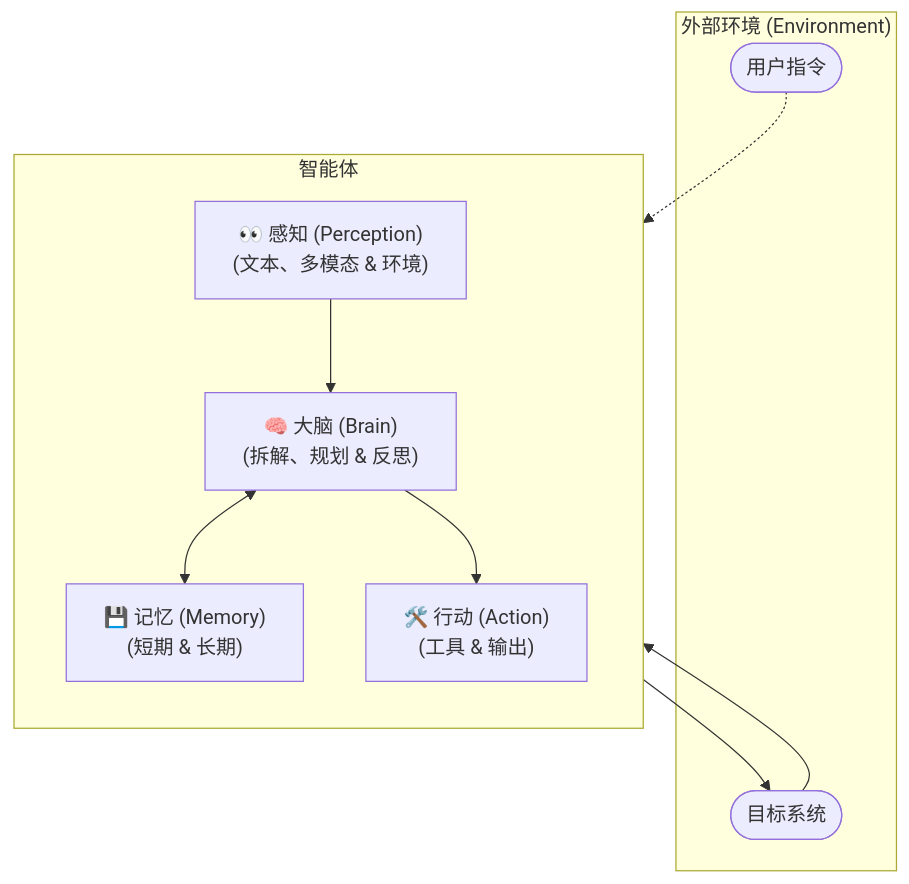
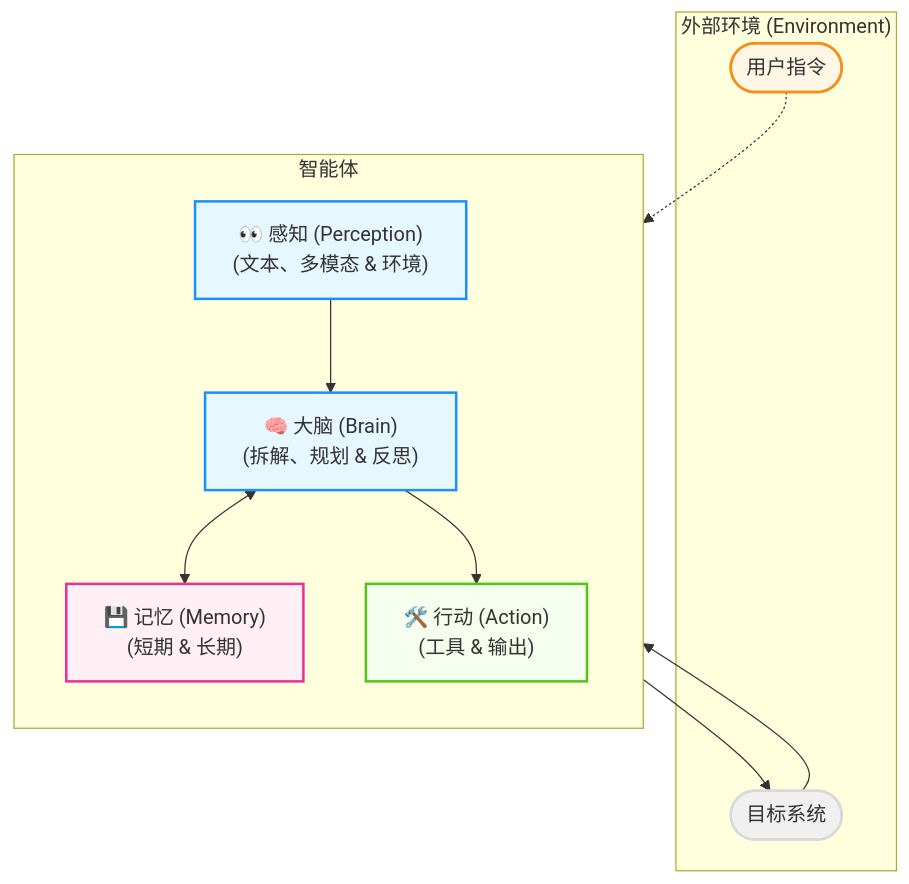
One commit to yeasy/agentic_ai_guide changed the diagram in 01_paradigm/1.3_components.md. Above: the diagram before and after it, drawn with Mermaid. The commit also changed 36 other files, not shown here.

````diff
--- a/01_paradigm/1.3_components.md
+++ b/01_paradigm/1.3_components.md
@@ -11,23 +11,36 @@
 ```mermaid
 graph TD
+    %% Agentic Design System
+    classDef env fill:#f0f0f0,stroke:#d9d9d9,stroke-width:2px;
+    classDef agent fill:#e6f7ff,stroke:#1890ff,stroke-width:2px;
+    classDef memory fill:#fff0f6,stroke:#eb2f96,stroke-width:2px;
+    classDef tool fill:#f6ffed,stroke:#52c41a,stroke-width:2px;
+    classDef user fill:#fff7e6,stroke:#fa8c16,stroke-width:2px;
+
     subgraph Environment["外部环境 (Environment)"]
-        User(["用户指令"])
-        System(["目标系统"])
+        UserNode(["用户指令"])
+        SystemNode(["目标系统"])
     end
 
     subgraph Agent["智能体"]
         direction TB
         Perception["👀 感知 (Perception)<br/>(文本、多模态 & 环境)"]
         Brain["🧠 大脑 (Brain)<br/>(拆解、规划 & 反思)"]
-        Memory["💾 记忆 (Memory)<br/>(短期 & 长期)"]
+        MemoryNode["💾 记忆 (Memory)<br/>(短期 & 长期)"]
         Action["🛠️ 行动 (Action)<br/>(工具 & 输出)"]
         
         Perception --> Brain
-        Brain <--> Memory
+        Brain <--> MemoryNode
         Brain --> Action
     end
 
-    User -.-> Perception
-    System --> Perception
-    Action --> System
+    UserNode -.-> Perception
+    SystemNode --> Perception
+    Action --> SystemNode
+    
+    class UserNode user;
+    class SystemNode env;
+    class Perception,Brain agent;
+    class MemoryNode memory;
+    class Action tool;
 ```
````
